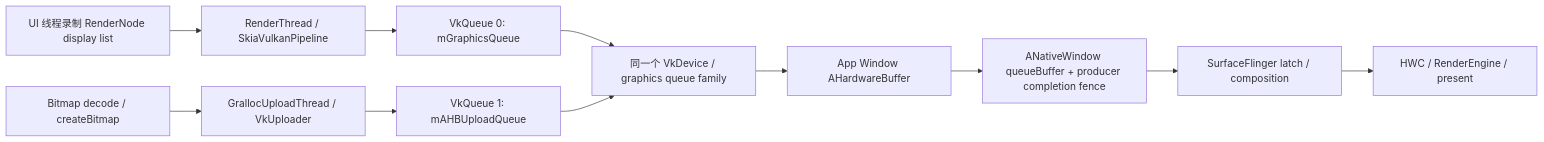
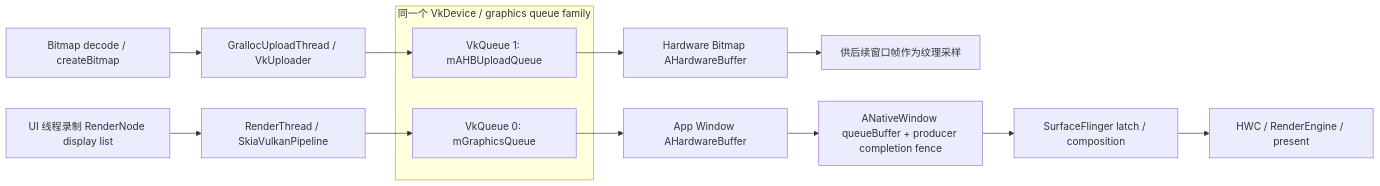
The first of 2 diagrams in src/part2-performance/ch18-rendering-pipelines/26-android17-hwui-vulkan-multi-queue.md (Gracker/android-internals-wiki), drawn with Mermaid before and after one commit. The commit also changed other lines of this file, not shown here.

Commit message:
anchor Android 17 HWUI Vulkan multi-queue

````diff
--- a/src/part2-performance/ch18-rendering-pipelines/26-android17-hwui-vulkan-multi-queue.md
+++ b/src/part2-performance/ch18-rendering-pipelines/26-android17-hwui-vulkan-multi-queue.md
@@ -52,13 +117,17 @@
 ```mermaid
 flowchart LR
     UI["UI 线程录制 RenderNode display list"] --> RT["RenderThread / SkiaVulkanPipeline"]
-    RT --> Q0["VkQueue 0: mGraphicsQueue"]
     DEC["Bitmap decode / createBitmap"] --> UP["GrallocUploadThread / VkUploader"]
-    UP --> Q1["VkQueue 1: mAHBUploadQueue"]
-    Q0 --> DEV["同一个 VkDevice / graphics queue family"]
-    Q1 --> DEV
-    DEV --> WIN["App Window AHardwareBuffer"]
+    subgraph DEV["同一个 VkDevice / graphics queue family"]
+        Q0["VkQueue 0: mGraphicsQueue"]
+        Q1["VkQueue 1: mAHBUploadQueue"]
+    end
+    RT --> Q0
+    UP --> Q1
+    Q1 --> HBM["Hardware Bitmap AHardwareBuffer"]
+    HBM --> TEX["供后续窗口帧作为纹理采样"]
+    Q0 --> WIN["App Window AHardwareBuffer"]
     WIN --> BQ["ANativeWindow queueBuffer + producer completion fence"]
     BQ --> SF["SurfaceFlinger latch / composition"]
     SF --> HWC["HWC / RenderEngine / present"]
 ```
````
